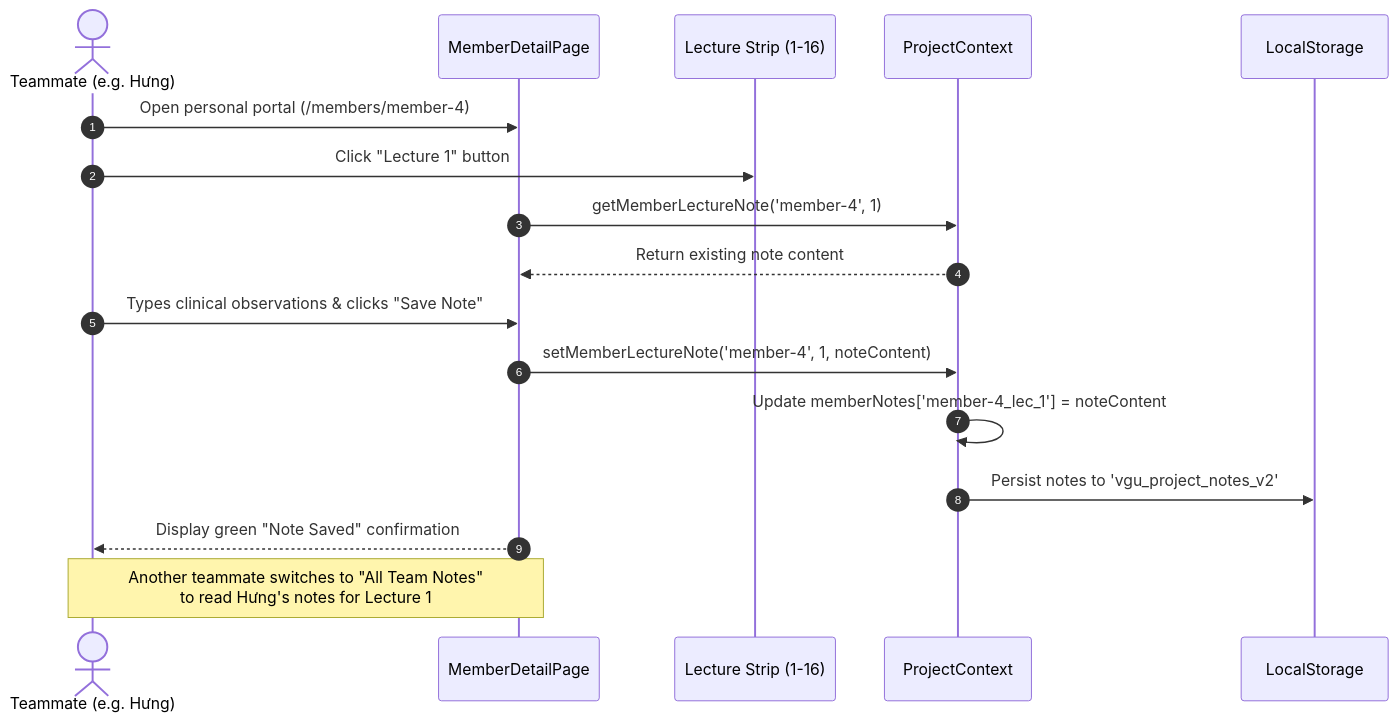
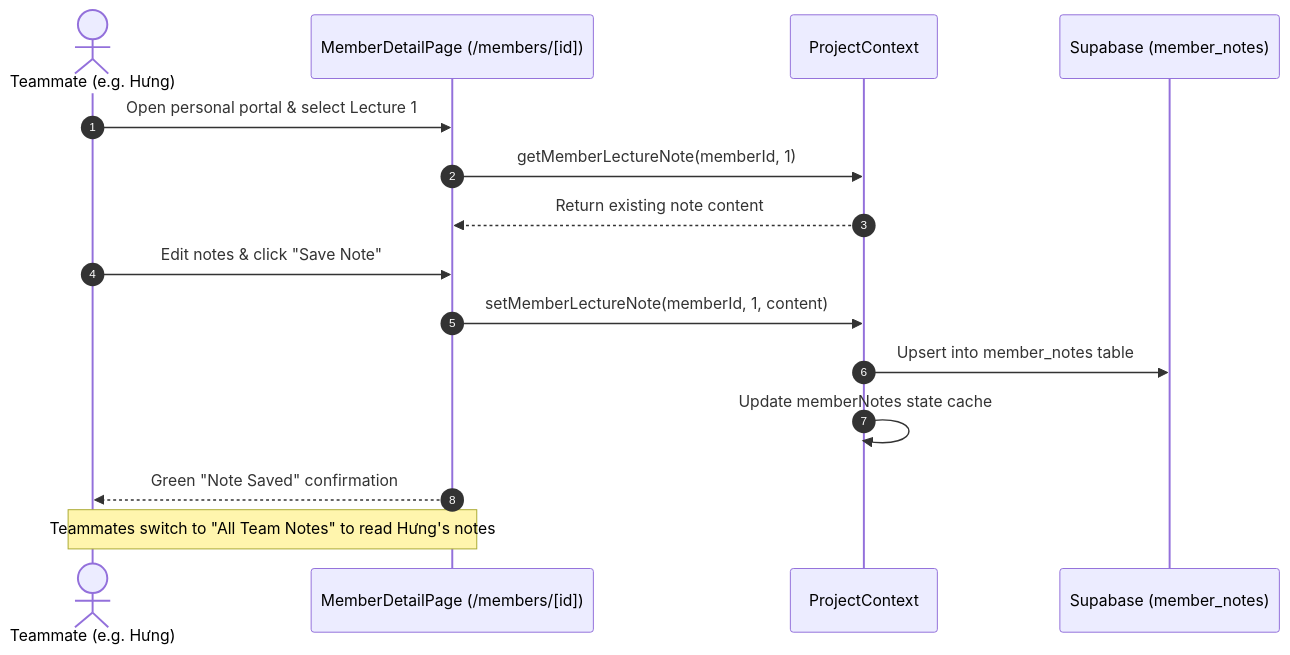
One commit to KiwisCodes/VGU-Project-Course changed the fifth of 5 diagrams in README.md. Above: the diagram before and after it, drawn with Mermaid. The commit also changed other lines of this file, not shown here.

Commit message:
docs: update README with Supabase, team leader designation, dynamic id resolution, and unlocked lecture dossiers

````diff
--- a/README.md
+++ b/README.md
@@ -339,20 +485,18 @@
 ```mermaid
 sequenceDiagram
     autonumber
     actor User as Teammate (e.g. Hưng)
-    participant MP as MemberDetailPage
-    participant Dial as Lecture Strip (1-16)
+    participant MP as MemberDetailPage (/members/[id])
     participant Ctx as ProjectContext
-    participant LS as LocalStorage
+    participant SB as Supabase (member_notes)
 
-    User->>MP: Open personal portal (/members/member-4)
-    User->>Dial: Click "Lecture 1" button
-    MP->>Ctx: getMemberLectureNote('member-4', 1)
+    User->>MP: Open personal portal & select Lecture 1
+    MP->>Ctx: getMemberLectureNote(memberId, 1)
     Ctx-->>MP: Return existing note content
-    User->>MP: Types clinical observations & clicks "Save Note"
-    MP->>Ctx: setMemberLectureNote('member-4', 1, noteContent)
-    Ctx->>Ctx: Update memberNotes['member-4_lec_1'] = noteContent
-    Ctx->>LS: Persist notes to 'vgu_project_notes_v2'
-    MP-->>User: Display green "Note Saved" confirmation
-    Note over MP,User: Another teammate switches to "All Team Notes"<br/>to read Hưng's notes for Lecture 1
+    User->>MP: Edit notes & click "Save Note"
+    MP->>Ctx: setMemberLectureNote(memberId, 1, content)
+    Ctx->>SB: Upsert into member_notes table
+    Ctx->>Ctx: Update memberNotes state cache
+    MP-->>User: Green "Note Saved" confirmation
+    Note over MP,User: Teammates switch to "All Team Notes" to read Hưng's notes
 ```
````
